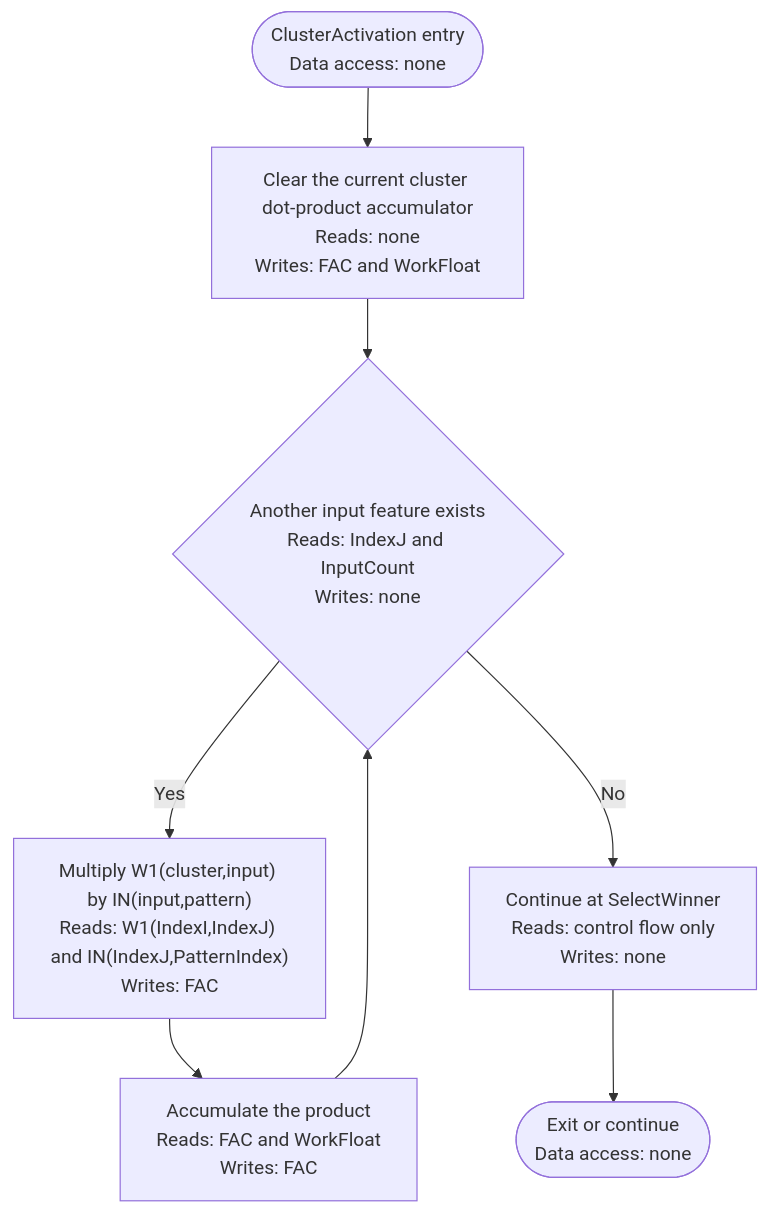
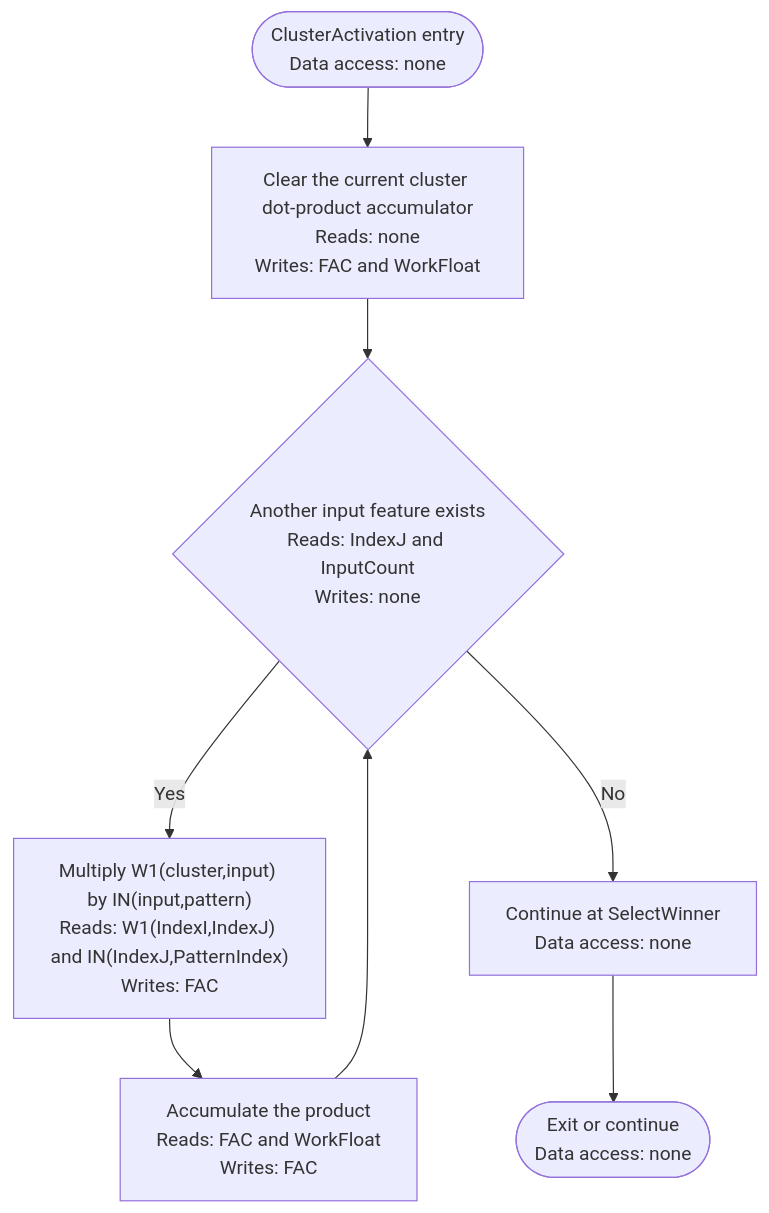
Before and after one commit to sharpninja/NeuralNetworks: diagram 18 of 44 in docs/Diagrams/CL-ML-Activity-Diagrams.md, drawn with Mermaid. The commit also changed other lines of this file and 10 other files, not shown here.

````diff
--- a/docs/Diagrams/CL-ML-Activity-Diagrams.md
+++ b/docs/Diagrams/CL-ML-Activity-Diagrams.md
@@ -424,10 +456,10 @@
 ```mermaid
 flowchart TD
     A(["ClusterActivation entry<br/>Data access: none"]) --> B["Clear the current cluster dot-product accumulator<br/>Reads: none<br/>Writes: FAC and WorkFloat"]
     B --> C{"Another input feature exists<br/>Reads: IndexJ and InputCount<br/>Writes: none"}
     C -- Yes --> D["Multiply W1(cluster,input) by IN(input,pattern)<br/>Reads: W1(IndexI,IndexJ) and IN(IndexJ,PatternIndex)<br/>Writes: FAC"]
     D --> E["Accumulate the product<br/>Reads: FAC and WorkFloat<br/>Writes: FAC"]
     E --> C
-    C -- No --> F["Continue at SelectWinner<br/>Reads: control flow only<br/>Writes: none"]
+    C -- No --> F["Continue at SelectWinner<br/>Data access: none"]
     F --> Z(["Exit or continue<br/>Data access: none"])
 ```
````
